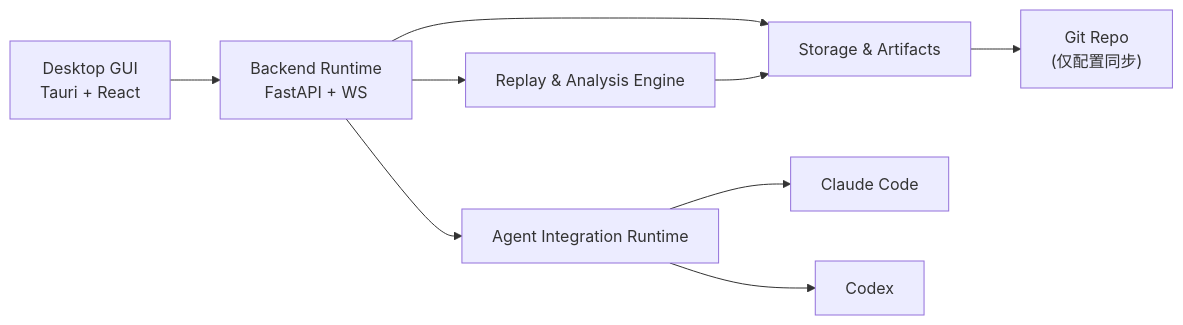
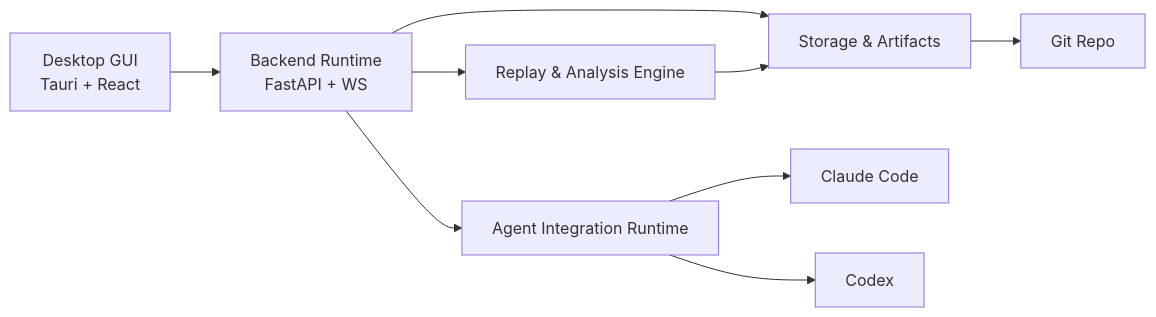
One commit to lst016/tech-cc-hub changed the third of 3 diagrams in .tech/repowiki/zh/content/核心模块规格/产品与工程文档总览.md. Above: the diagram before and after it, drawn with Mermaid. The commit also changed other lines of this file and 129 other files, not shown here.

````diff
--- a/.tech/repowiki/zh/content/核心模块规格/产品与工程文档总览.md
+++ b/.tech/repowiki/zh/content/核心模块规格/产品与工程文档总览.md
@@ -156,11 +247,11 @@
 ```mermaid
 flowchart LR
     GUI["Desktop GUI\nTauri + React"] --> API["Backend Runtime\nFastAPI + WS"]
     API --> AgentRT["Agent Integration Runtime"]
     API --> Storage["Storage & Artifacts"]
     API --> Analyze["Replay & Analysis Engine"]
     AgentRT --> Claude["Claude Code"]
     AgentRT --> Codex["Codex"]
-    Storage --> Git["Git Repo\n(仅配置同步)"]
+    Storage --> Git["Git Repo"]
     Analyze --> Storage
 ```
````
